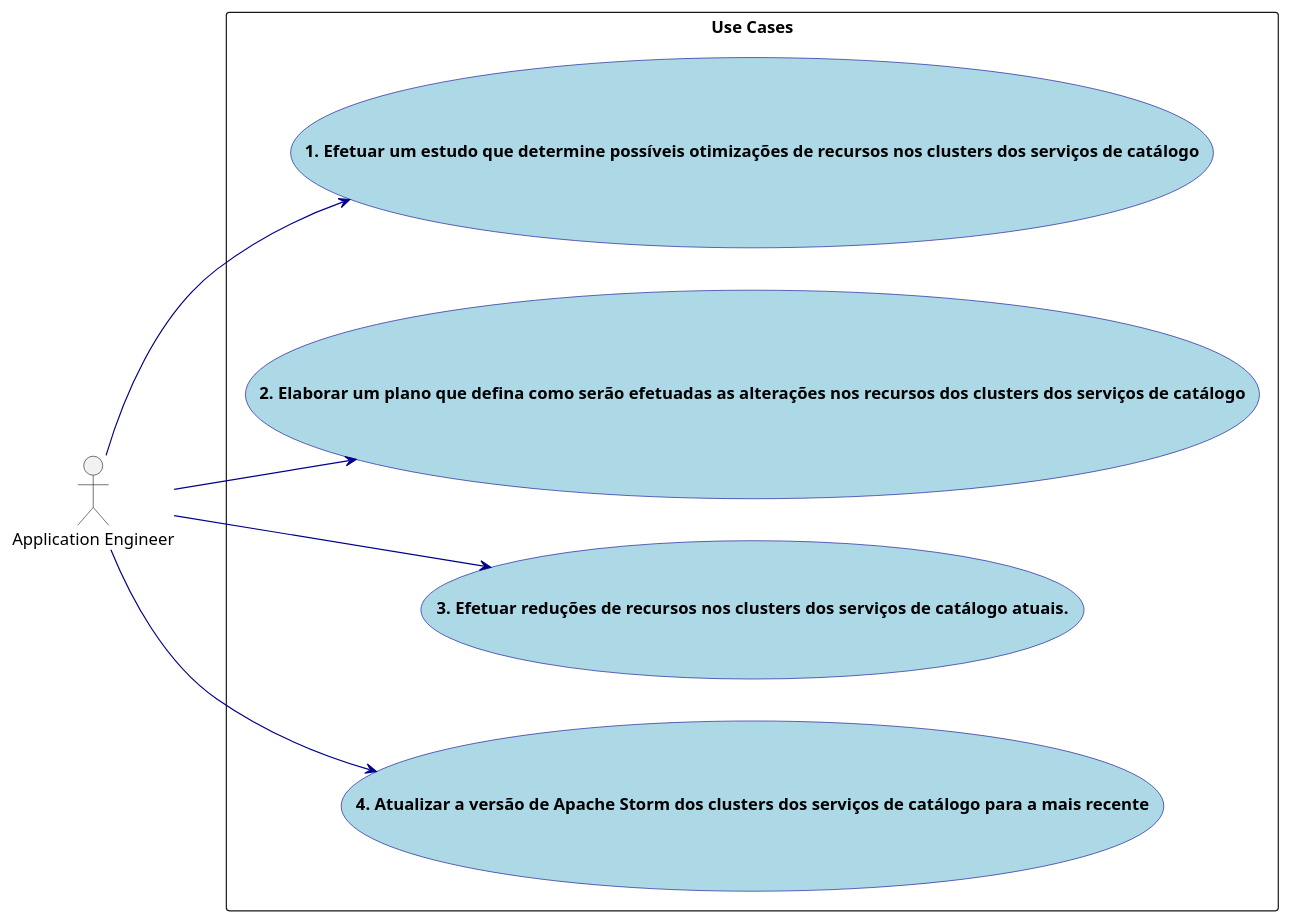
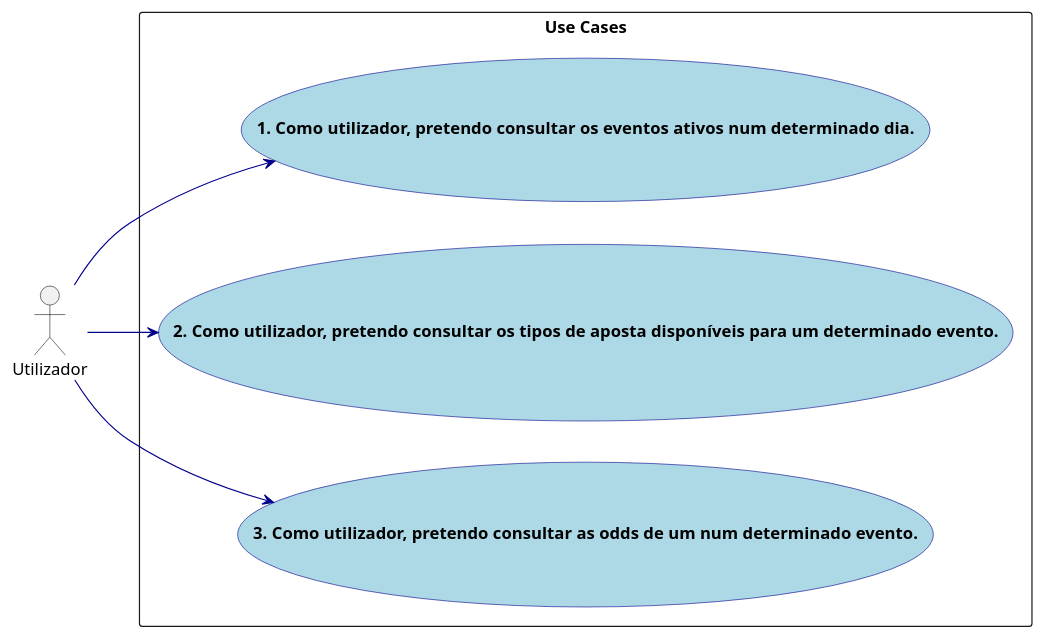
The diagram in media/_diagrams/plantuml/ucd.puml (tomasflopes/pesti), drawn with PlantUML before and after one commit. The commit also changed 22 other files, not shown here.

```diff
--- a/media/_diagrams/plantuml/ucd.puml
+++ b/media/_diagrams/plantuml/ucd.puml
@@ -1,26 +1,24 @@
 @startuml ucd
 
 skinparam usecase {
     BackgroundColor LightBlue
     BorderColor DarkBlue
     ArrowColor DarkBlue
     FontStyle Bold
 }
 
-:Application Engineer: as AE
+:Utilizador: as AE
 
 left to right direction
 
 rectangle "Use Cases" as uc {
-  usecase "1. Efetuar um estudo que determine possíveis otimizações de recursos nos clusters dos serviços de catálogo" as UC1
-  usecase "2. Elaborar um plano que defina como serão efetuadas as alterações nos recursos dos clusters dos serviços de catálogo" as UC2
-  usecase "3. Efetuar reduções de recursos nos clusters dos serviços de catálogo atuais." as UC3
-  usecase "4. Atualizar a versão de Apache Storm dos clusters dos serviços de catálogo para a mais recente" as UC4
+  usecase "1. Como utilizador, pretendo consultar os eventos ativos num determinado dia." as UC1
+  usecase "2. Como utilizador, pretendo consultar os tipos de aposta disponíveis para um determinado evento." as UC2
+  usecase "3. Como utilizador, pretendo consultar as odds de um num determinado evento." as UC3
 }
 
 AE --> UC1
 AE --> UC2
 AE --> UC3 
-AE --> UC4
 
 @enduml
```
